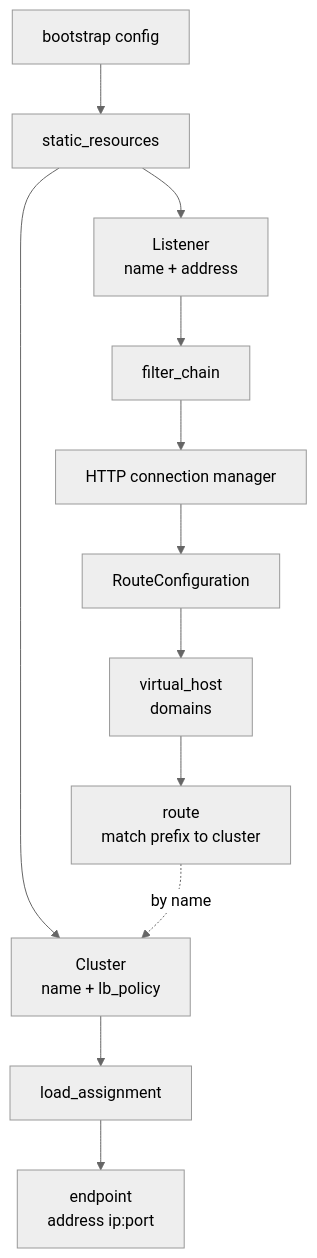
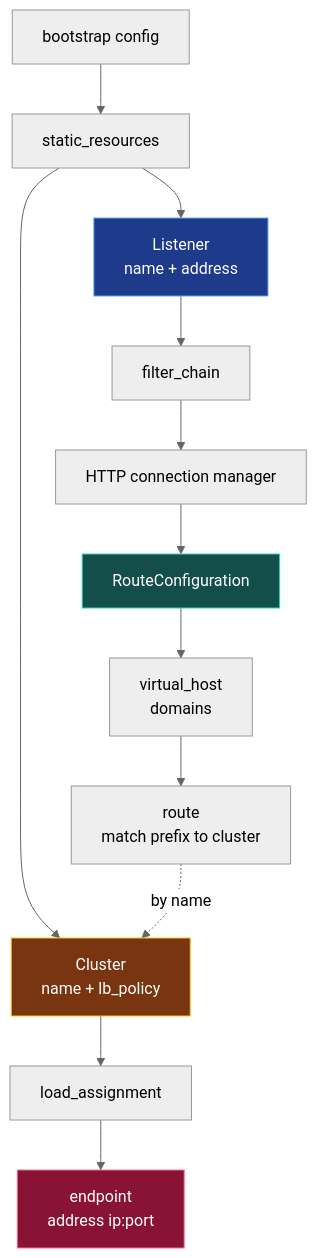
One commit to 0-draft/envoy-xds-deep-dive changed the diagram in docs/01-envoy-config-model/README.md. Above: the diagram before and after it, drawn with Mermaid (neutral theme). The commit also changed 27 other files, not shown here.

First line of the commit message:
docs: semantic color, distinct shapes, and a11y metadata for all mermaid diagrams

````diff
--- a/docs/01-envoy-config-model/README.md
+++ b/docs/01-envoy-config-model/README.md
@@ -15,14 +15,24 @@
 ```mermaid
 flowchart TD
+    accTitle: The static Envoy config object tree
+    accDescr: A bootstrap config holds static_resources containing a Listener and a Cluster. The Listener nests a filter chain, HTTP connection manager, RouteConfiguration, virtual_host and route. The route references the Cluster by name. The Cluster holds a load_assignment with an endpoint.
     boot[bootstrap config] --> sr[static_resources]
     sr --> lst[Listener<br/>name + address]
     sr --> cl[Cluster<br/>name + lb_policy]
     lst --> fc[filter_chain]
     fc --> hcm[HTTP connection manager]
     hcm --> rc[RouteConfiguration]
     rc --> vh[virtual_host<br/>domains]
     vh --> rt[route<br/>match prefix to cluster]
     rt -. by name .-> cl
     cl --> la[load_assignment]
     la --> ep[endpoint<br/>address ip:port]
+    class lst lds
+    class rc rds
+    class cl cds
+    class ep eds
+    classDef lds fill:#1e3a8a,stroke:#60a5fa,color:#fff
+    classDef rds fill:#134e4a,stroke:#2dd4bf,color:#fff
+    classDef cds fill:#78350f,stroke:#fbbf24,color:#fff
+    classDef eds fill:#881337,stroke:#fb7185,color:#fff
 ```
````
